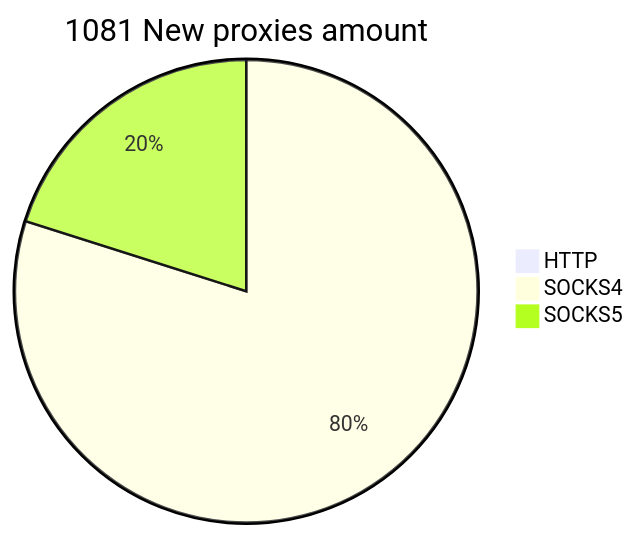
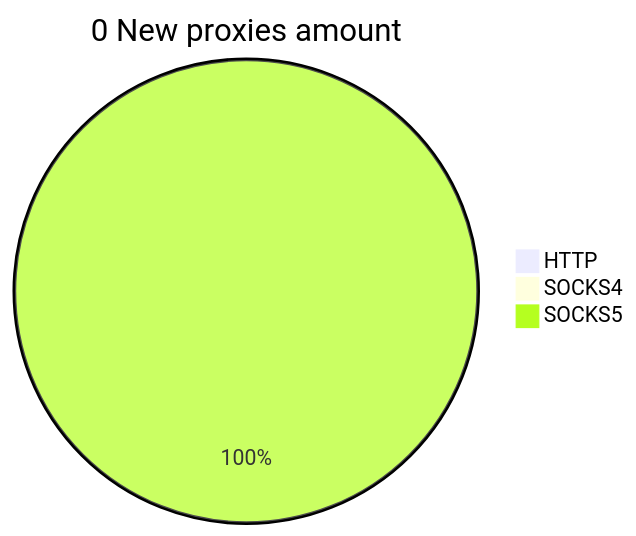
Before and after one commit to cutipu/proxylist: the second of 2 diagrams in README.md, drawn with Mermaid. The commit also changed other lines of this file, not shown here.

````diff
--- a/README.md
+++ b/README.md
@@ -10,6 +10,6 @@
 ```mermaid
-pie title 1081 New proxies amount
+pie title 0 New proxies amount
     "HTTP" : 0
-    "SOCKS4" : 934
-    "SOCKS5" : 235
+    "SOCKS4" : 0
+    "SOCKS5" : 3
 ```
````
